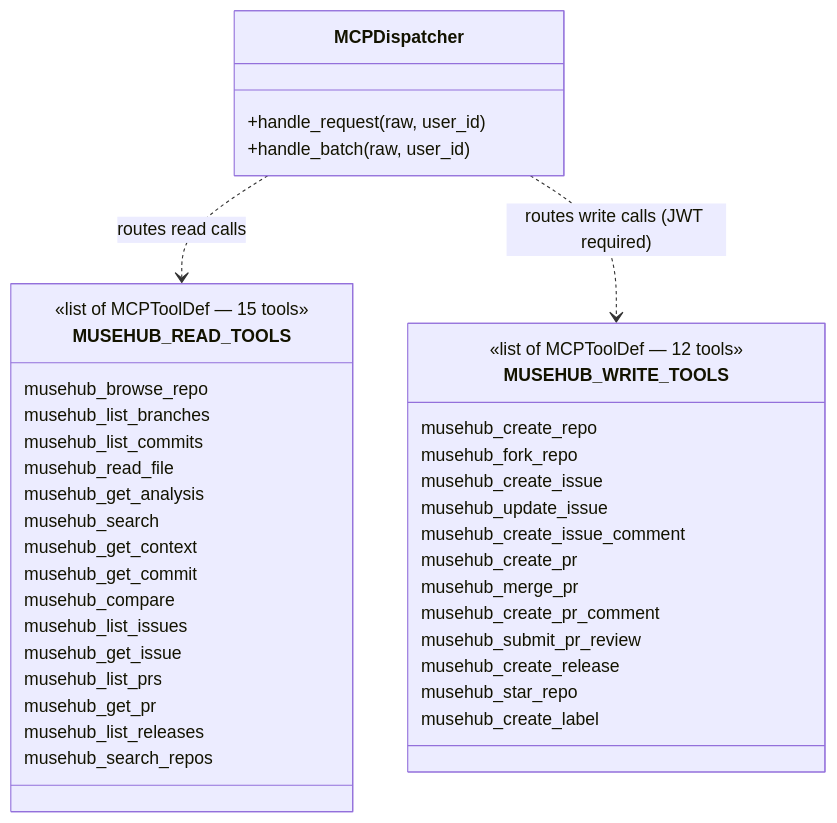
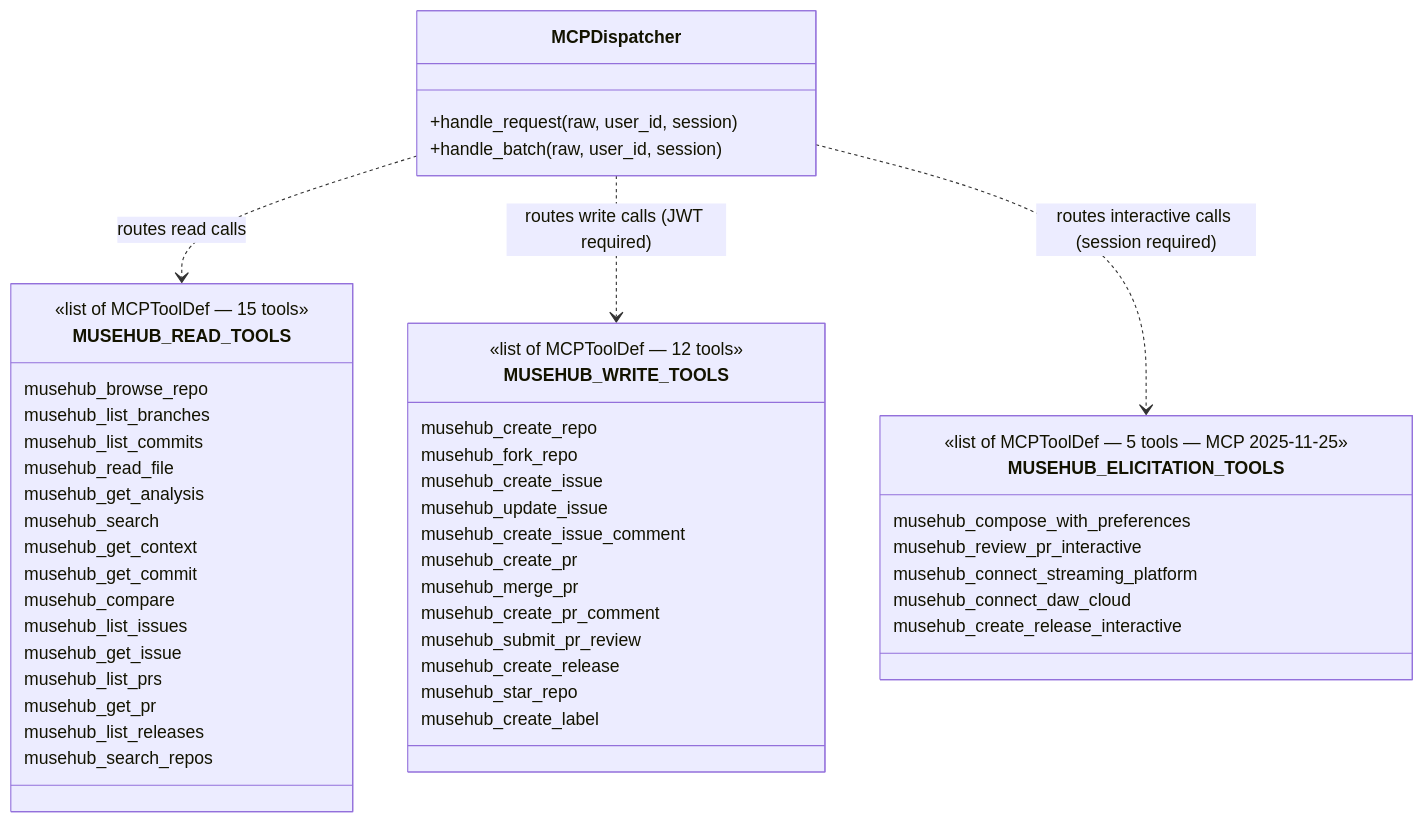
Before and after one commit to cgcardona/musehub: the second of 5 diagrams in docs/reference/mcp.md, drawn with Mermaid. The commit also changed other lines of this file and 30 other files, not shown here.

````diff
--- a/docs/reference/mcp.md
+++ b/docs/reference/mcp.md
@@ -905,43 +1195,52 @@
 ```mermaid
 classDiagram
     class MUSEHUB_READ_TOOLS {
         <<list of MCPToolDef — 15 tools>>
         musehub_browse_repo
         musehub_list_branches
         musehub_list_commits
         musehub_read_file
         musehub_get_analysis
         musehub_search
         musehub_get_context
         musehub_get_commit
         musehub_compare
         musehub_list_issues
         musehub_get_issue
         musehub_list_prs
         musehub_get_pr
         musehub_list_releases
         musehub_search_repos
     }
     class MUSEHUB_WRITE_TOOLS {
         <<list of MCPToolDef — 12 tools>>
         musehub_create_repo
         musehub_fork_repo
         musehub_create_issue
         musehub_update_issue
         musehub_create_issue_comment
         musehub_create_pr
         musehub_merge_pr
         musehub_create_pr_comment
         musehub_submit_pr_review
         musehub_create_release
         musehub_star_repo
         musehub_create_label
     }
+    class MUSEHUB_ELICITATION_TOOLS {
+        <<list of MCPToolDef — 5 tools — MCP 2025-11-25>>
+        musehub_compose_with_preferences
+        musehub_review_pr_interactive
+        musehub_connect_streaming_platform
+        musehub_connect_daw_cloud
+        musehub_create_release_interactive
+    }
     class MCPDispatcher {
-        +handle_request(raw, user_id)
-        +handle_batch(raw, user_id)
+        +handle_request(raw, user_id, session)
+        +handle_batch(raw, user_id, session)
     }
 
     MCPDispatcher ..> MUSEHUB_READ_TOOLS : routes read calls
     MCPDispatcher ..> MUSEHUB_WRITE_TOOLS : routes write calls (JWT required)
+    MCPDispatcher ..> MUSEHUB_ELICITATION_TOOLS : routes interactive calls (session required)
 ```
````
